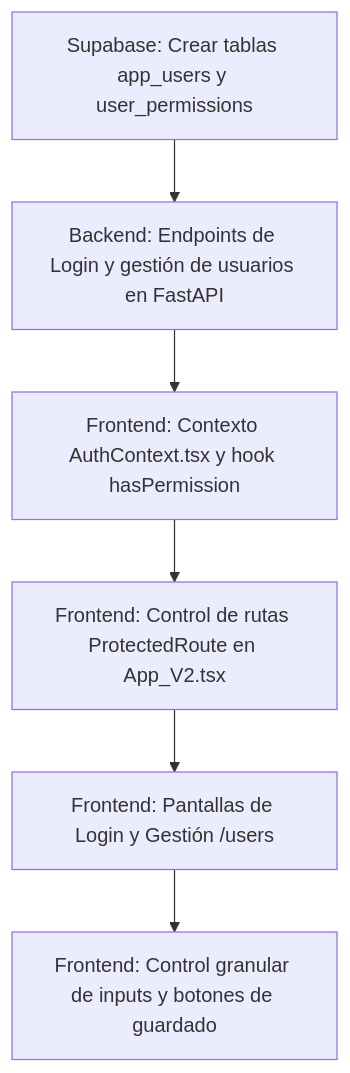
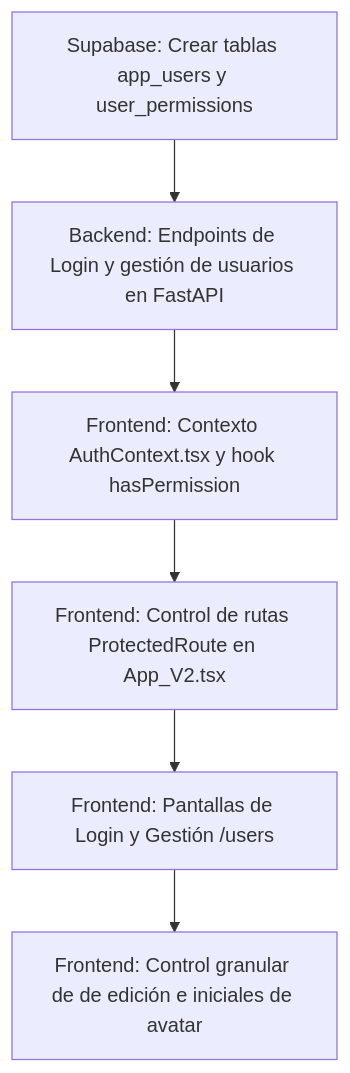
One commit to RichGutz/PETRAL.SMART.DASHBOARD changed the diagram in Desarrollo.Profesional/Obsidian.1/DashBoardPetral/Plan.Roles.Permisos.md. Above: the diagram before and after it, drawn with Mermaid. The commit also changed other lines of this file and 33 other files, not shown here.

````diff
--- a/Desarrollo.Profesional/Obsidian.1/DashBoardPetral/Plan.Roles.Permisos.md
+++ b/Desarrollo.Profesional/Obsidian.1/DashBoardPetral/Plan.Roles.Permisos.md
@@ -45,8 +46,8 @@
 ```mermaid
 graph TD
     A[Supabase: Crear tablas app_users y user_permissions] --> B[Backend: Endpoints de Login y gestión de usuarios en FastAPI]
     B --> C[Frontend: Contexto AuthContext.tsx y hook hasPermission]
     C --> D[Frontend: Control de rutas ProtectedRoute en App_V2.tsx]
     D --> E[Frontend: Pantallas de Login y Gestión /users]
-    E --> F[Frontend: Control granular de inputs y botones de guardado]
+    E --> F[Frontend: Control granular de de edición e iniciales de avatar]
 ```
````
